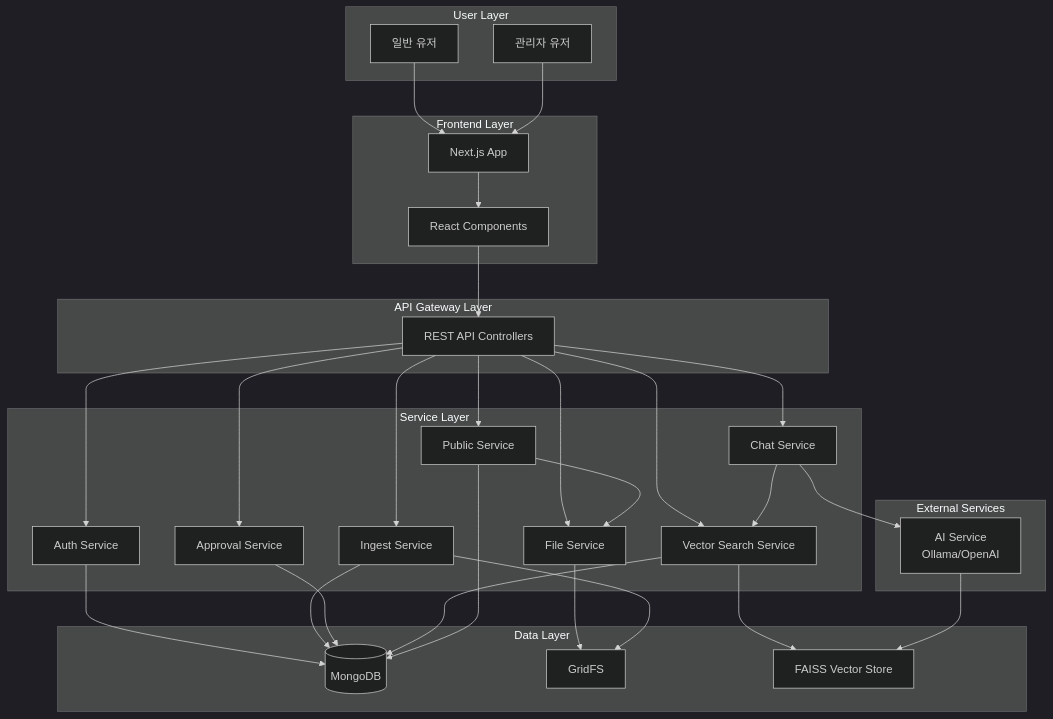
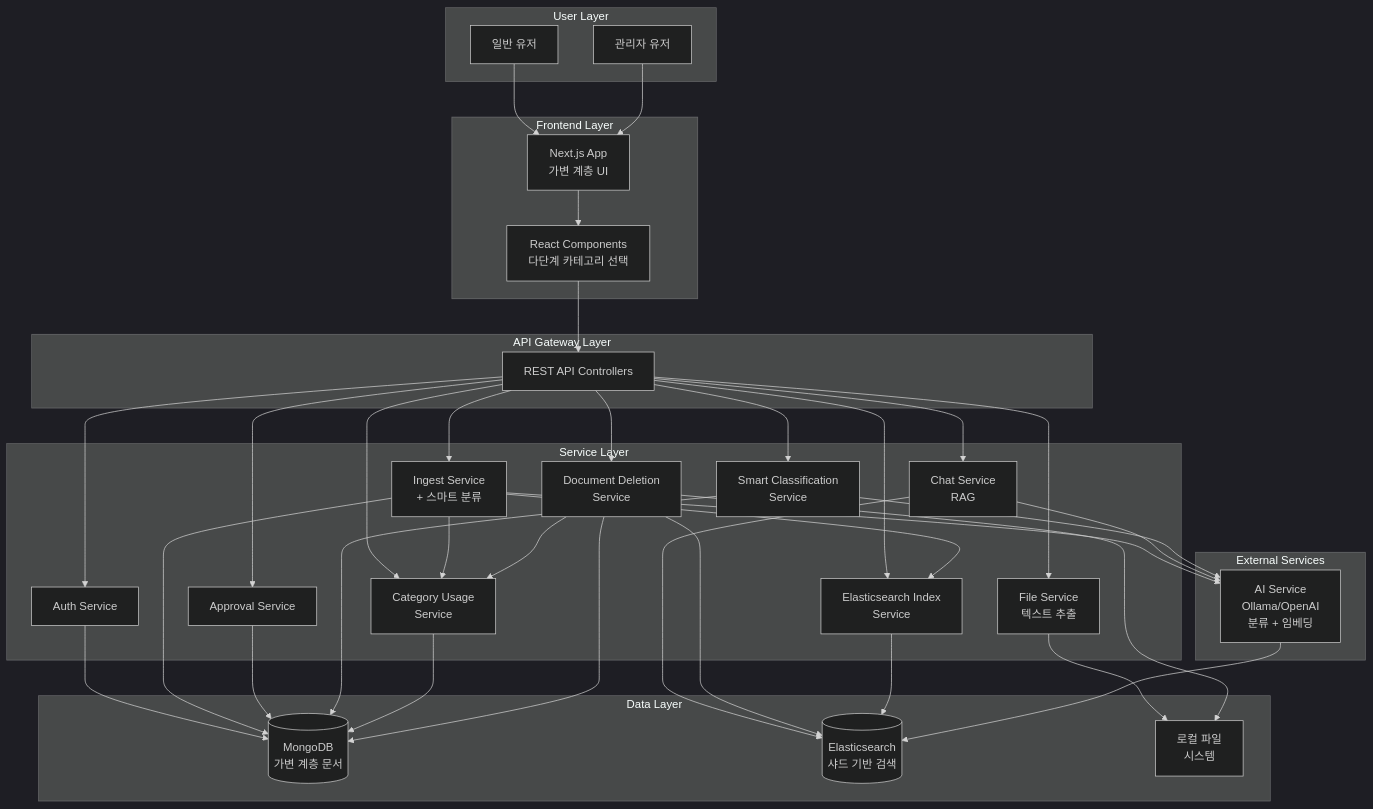
Before and after one commit to hadonas/kt-vibe-mdm: the diagram in diagrams/architecture.md, drawn with Mermaid (dark theme). The commit also changed 7 other files, not shown here.

````diff
--- a/diagrams/architecture.md
+++ b/diagrams/architecture.md
@@ -5,63 +5,73 @@
 ```mermaid
 graph TB
     subgraph "User Layer"
         U[일반 유저]
         A[관리자 유저]
     end
 
     subgraph "Frontend Layer"
-        F[Next.js App]
-        UI[React Components]
+        F[Next.js App<br/>가변 계층 UI]
+        UI[React Components<br/>다단계 카테고리 선택]
     end
 
     subgraph "API Gateway Layer"
         API[REST API Controllers]
     end
 
     subgraph "Service Layer"
         AUTH[Auth Service]
-        FS[File Service]
-        IS[Ingest Service]
+        FS[File Service<br/>텍스트 추출]
+        IS[Ingest Service<br/>+ 스마트 분류]
         AS[Approval Service]
-        CS[Chat Service]
-        VSS[Vector Search Service]
-        PS[Public Service]
+        CS[Chat Service<br/>RAG]
+        SCS[Smart Classification<br/>Service]
+        CUS[Category Usage<br/>Service]
+        DDS[Document Deletion<br/>Service]
+        EIS[Elasticsearch Index<br/>Service]
     end
 
     subgraph "Data Layer"
-        M[(MongoDB)]
-        GridFS[GridFS]
-        FAISS[FAISS Vector Store]
+        M[(MongoDB<br/>가변 계층 문서)]
+        E[(Elasticsearch<br/>샤드 기반 검색)]
+        LocalFS[로컬 파일<br/>시스템]
     end
 
     subgraph "External Services"
-        AI[AI Service<br/>Ollama/OpenAI]
+        AI[AI Service<br/>Ollama/OpenAI<br/>분류 + 임베딩]
     end
 
     U --> F
     A --> F
     F --> UI
     UI --> API
     
     API --> AUTH
     API --> FS
     API --> IS
     API --> AS
     API --> CS
-    API --> VSS
-    API --> PS
+    API --> SCS
+    API --> CUS
+    API --> DDS
+    API --> EIS
     
     AUTH --> M
-    FS --> GridFS
+    FS --> LocalFS
     IS --> M
-    IS --> GridFS
+    IS --> CUS
+    IS --> EIS
+    IS --> AI
     AS --> M
-    CS --> VSS
+    CS --> E
     CS --> AI
-    VSS --> FAISS
-    VSS --> M
-    PS --> M
-    PS --> FS
+    SCS --> AI
+    SCS --> M
+    CUS --> M
+    DDS --> M
+    DDS --> E
+    DDS --> LocalFS
+    DDS --> CUS
+    EIS --> E
     
-    AI --> FAISS
+    AI --> E
 ```
````
